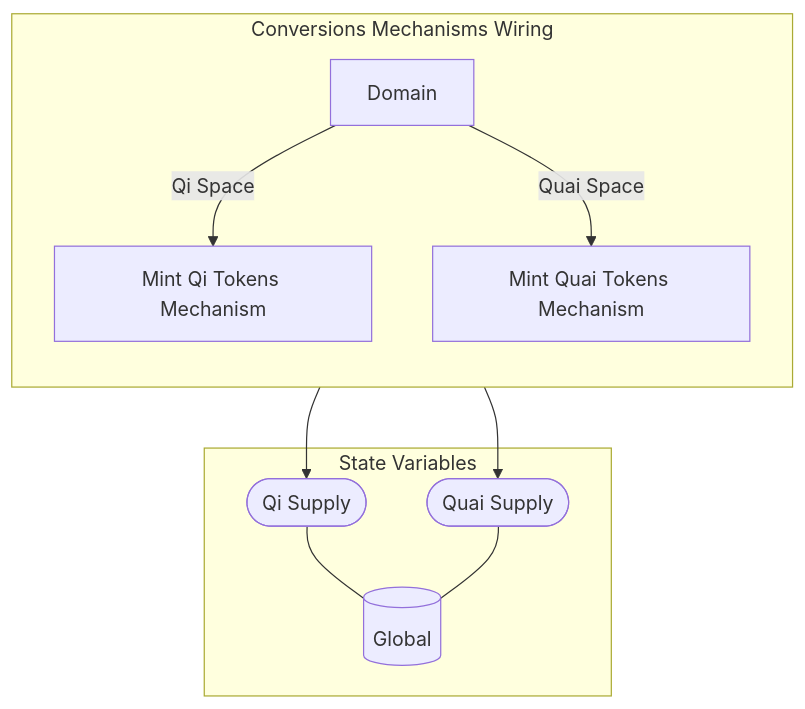
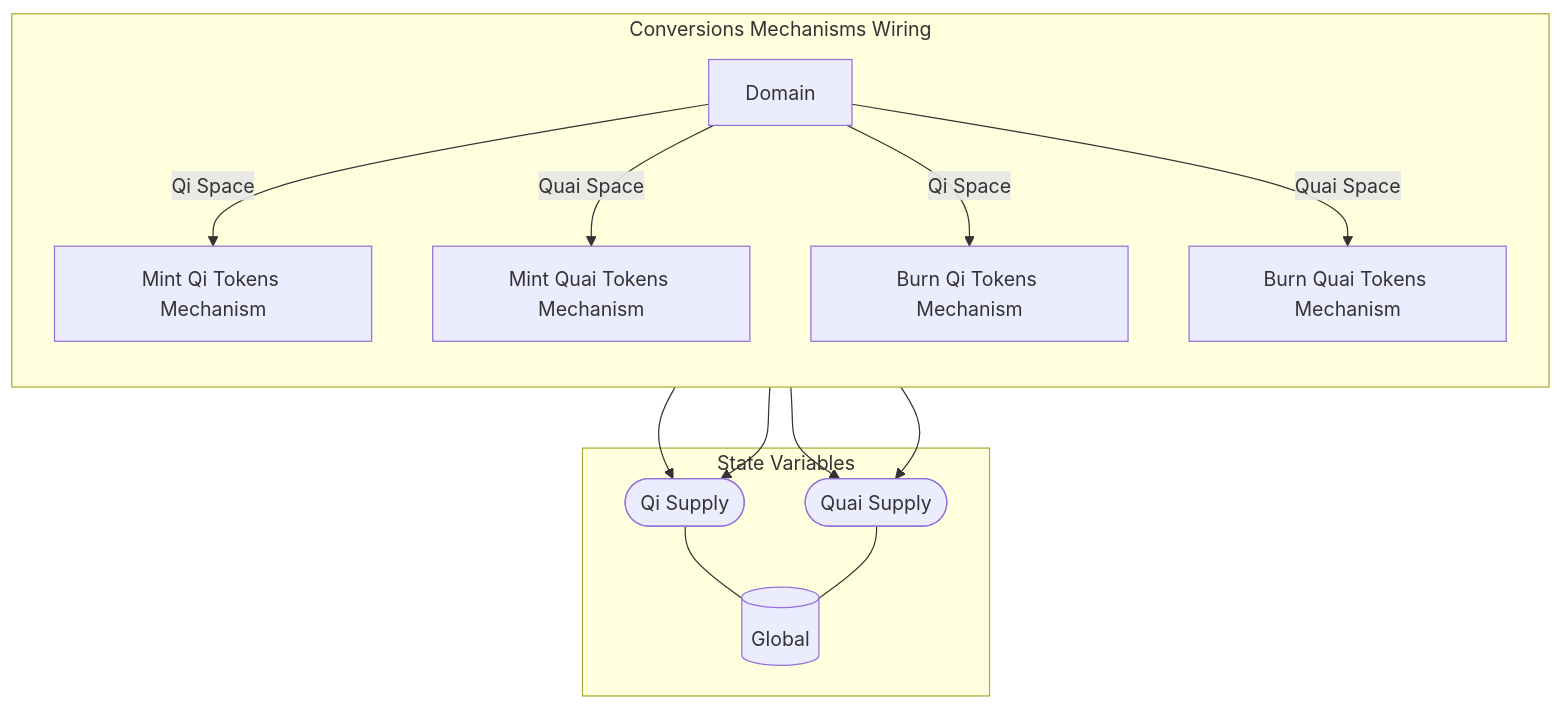
One commit to dominant-strategies/Quai-Macro-Model changed the diagram in Spec/obsidian/Wiring/Conversions Mechanisms Wiring.md. Above: the diagram before and after it, drawn with Mermaid. The commit also changed other lines of this file and 16 other files, not shown here.

Commit message:
Burn mechanisms

````diff
--- a/Spec/obsidian/Wiring/Conversions Mechanisms Wiring.md
+++ b/Spec/obsidian/Wiring/Conversions Mechanisms Wiring.md
@@ -3,25 +3,31 @@
 ```mermaid
 graph TB
 
 subgraph SVS["State Variables"]
 EE0[("Global")]
 EES0(["Qi Supply"])
 EES0 --- EE0
 EES1(["Quai Supply"])
 EES1 --- EE0
 end
 
-subgraph X5["Conversions Mechanisms Wiring"]
+subgraph X7["Conversions Mechanisms Wiring"]
 direction TB
 X1["Mint Qi Tokens Mechanism"]
 X1 --> EES0
 X2["Mint Quai Tokens Mechanism"]
 X2 --> EES1
-X3[Domain]
+X3["Burn Qi Tokens Mechanism"]
+X3 --> EES0
+X4["Burn Quai Tokens Mechanism"]
+X4 --> EES1
+X5[Domain]
 
 direction LR
 direction TB
-X3 --"Qi Space"--> X1
-X3 --"Quai Space"--> X2
+X5 --"Qi Space"--> X1
+X5 --"Quai Space"--> X2
+X5 --"Qi Space"--> X3
+X5 --"Quai Space"--> X4
 end
 ```
````
